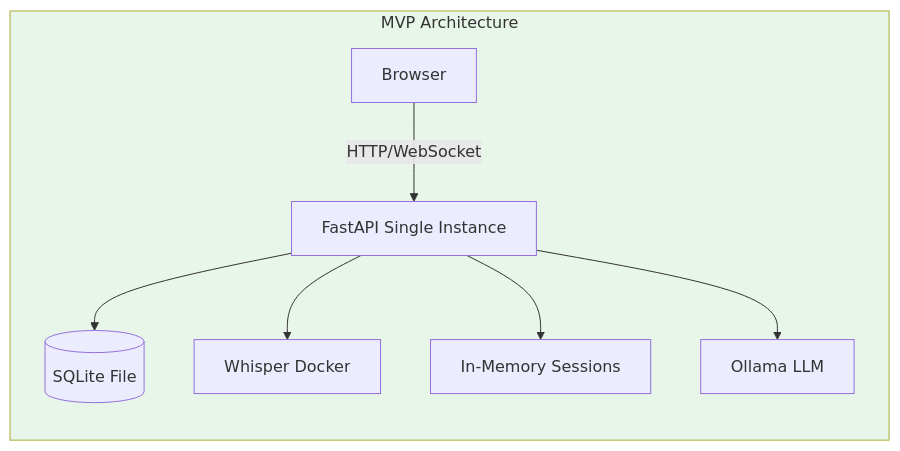
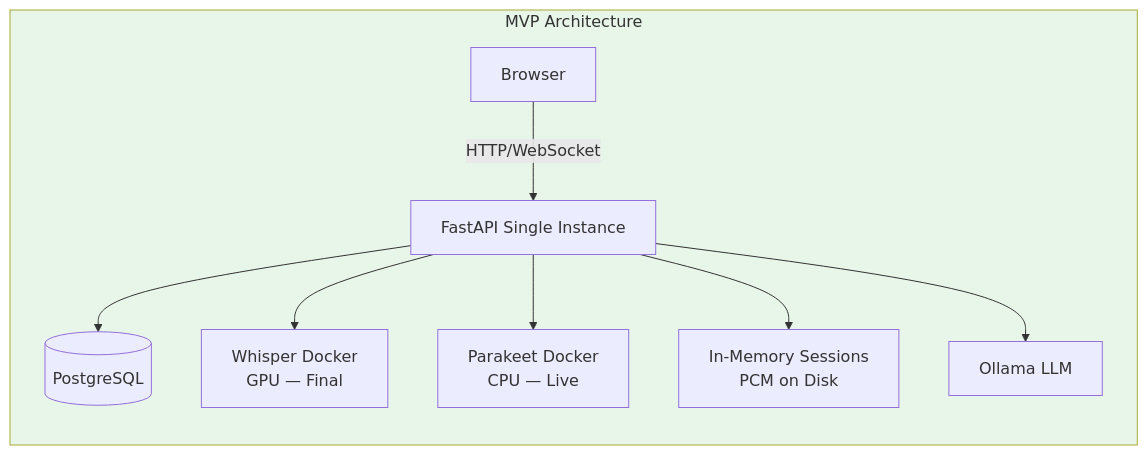
One commit to s2a-open-technologies/openDox changed the fourth of 5 diagrams in docs/opendox.md. Above: the diagram before and after it, drawn with Mermaid. The commit also changed other lines of this file and 12 other files, not shown here.

````diff
--- a/docs/opendox.md
+++ b/docs/opendox.md
@@ -863,12 +1070,13 @@
 ```mermaid
 graph LR
     subgraph MVP["MVP Architecture"]
         A[Browser] -->|HTTP/WebSocket| B[FastAPI Single Instance]
-        B --> C[(SQLite File)]
-        B --> D[Whisper Docker]
-        B --> E[In-Memory Sessions]
-        B --> F[Ollama LLM]
+        B --> C[(PostgreSQL)]
+        B --> D[Whisper Docker<br/>GPU — Final]
+        B --> E[Parakeet Docker<br/>CPU — Live]
+        B --> F[In-Memory Sessions<br/>PCM on Disk]
+        B --> G[Ollama LLM]
     end
     
     style MVP fill:#e8f5e9
 ```
````
